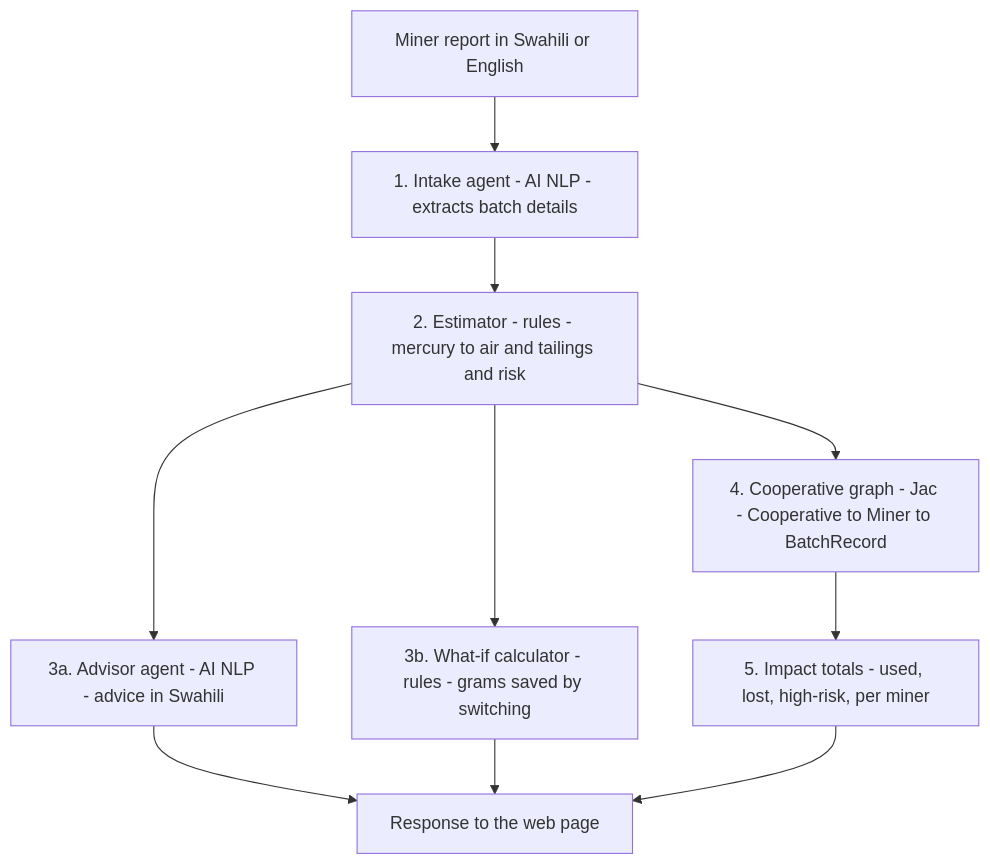
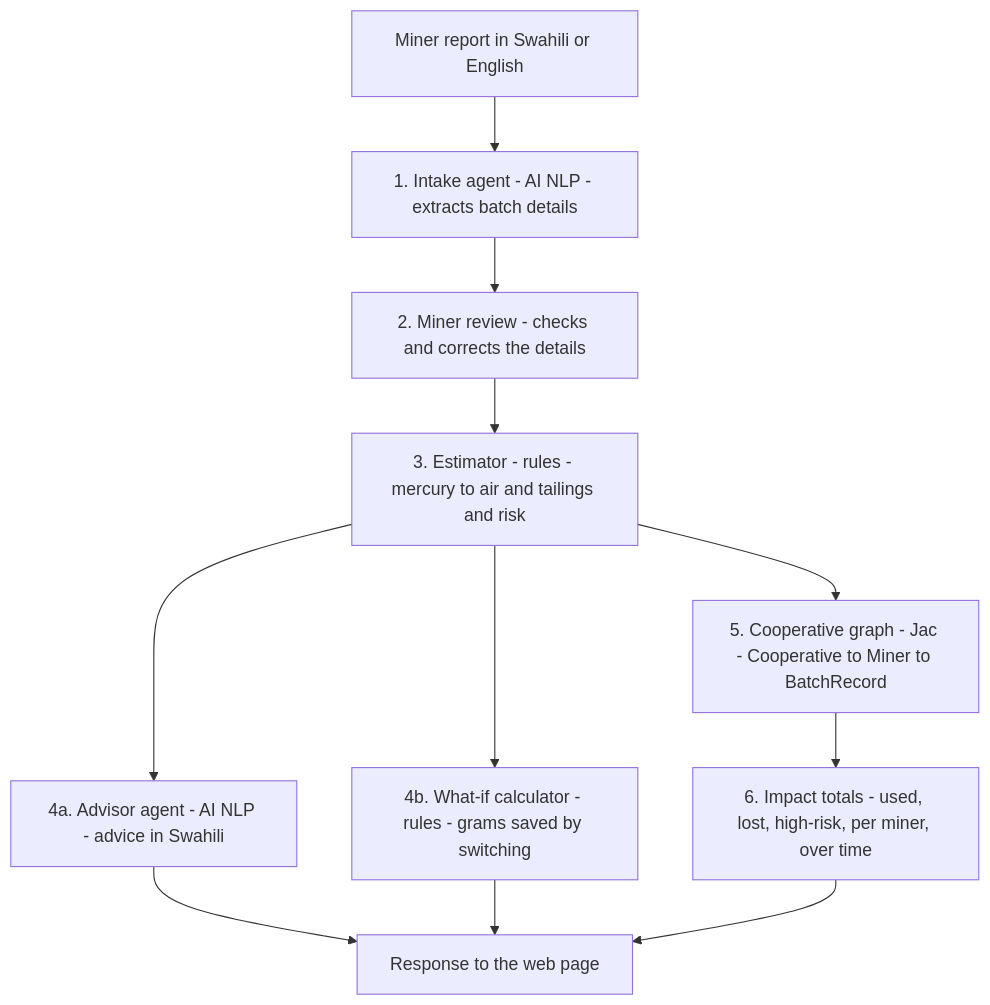
Before and after one commit to Mesheco/Zebaki: the diagram in README.md, drawn with Mermaid. The commit also changed other lines of this file and 2 other files, not shown here.

Commit message:
Add review step, evidence labels, source table and duplicate check

````diff
--- a/README.md
+++ b/README.md
@@ -24,13 +24,14 @@
 ```mermaid
 flowchart TD
     M[Miner report in Swahili or English] --> I
-    I[1. Intake agent - AI NLP - extracts batch details] --> E
-    E[2. Estimator - rules - mercury to air and tailings and risk] --> A
+    I[1. Intake agent - AI NLP - extracts batch details] --> V
+    V[2. Miner review - checks and corrects the details] --> E
+    E[3. Estimator - rules - mercury to air and tailings and risk] --> A
     E --> W
     E --> G
-    A[3a. Advisor agent - AI NLP - advice in Swahili] --> R
-    W[3b. What-if calculator - rules - grams saved by switching] --> R
-    G[4. Cooperative graph - Jac - Cooperative to Miner to BatchRecord] --> P
-    P[5. Impact totals - used, lost, high-risk, per miner] --> R
+    A[4a. Advisor agent - AI NLP - advice in Swahili] --> R
+    W[4b. What-if calculator - rules - grams saved by switching] --> R
+    G[5. Cooperative graph - Jac - Cooperative to Miner to BatchRecord] --> P
+    P[6. Impact totals - used, lost, high-risk, per miner, over time] --> R
     R[Response to the web page]
 ```
````
